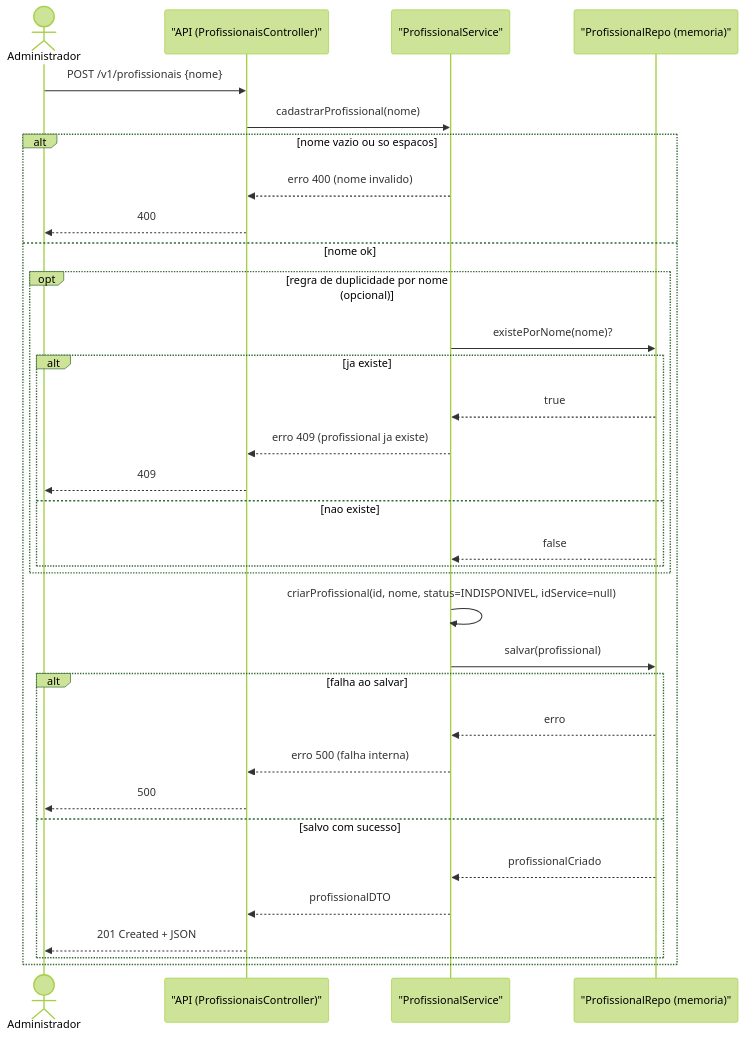
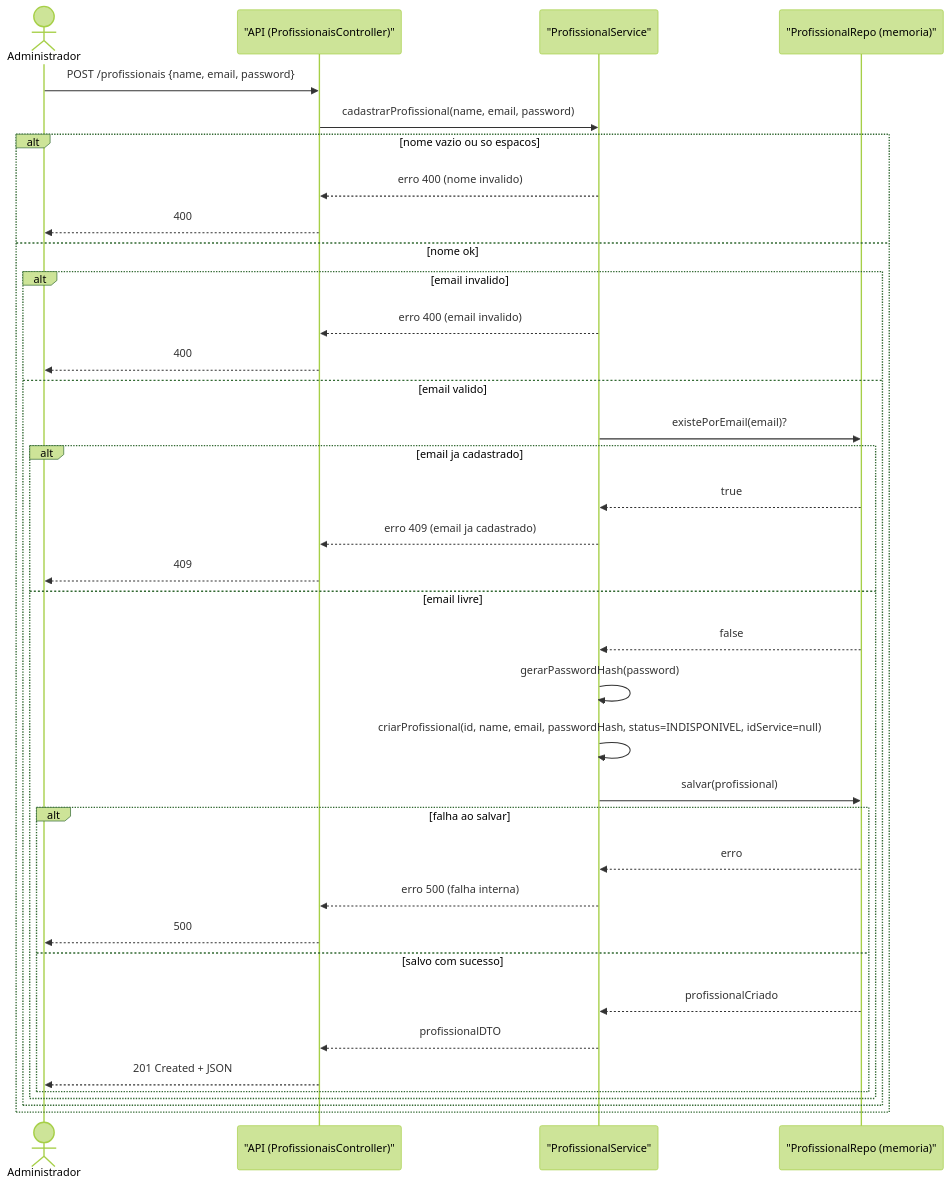
One commit to IsabelaSiqueira1/systemPDI changed the fourth of 11 diagrams in docs/sequence_diagram.md. Above: the diagram before and after it, drawn with Mermaid (forest theme). The commit also changed other lines of this file and 3 other files, not shown here.

Commit message:
atualização dos diagramas de classe e sequência, incluindo novas classes, atributos e ajustes nos requisitos para cadastro e gerenciamento de profissionais

````diff
--- a/docs/sequence_diagram.md
+++ b/docs/sequence_diagram.md
@@ -328,39 +331,46 @@
 ```mermaid
 
 sequenceDiagram
     actor Admin as Administrador
     participant API as "API (ProfissionaisController)"
     participant SVC as "ProfissionalService"
     participant Repo as "ProfissionalRepo (memoria)"
 
-    Admin->>API: POST /v1/profissionais {nome}
-    API->>SVC: cadastrarProfissional(nome)
+    Admin->>API: POST /profissionais {name, email, password}
+    API->>SVC: cadastrarProfissional(name, email, password)
 
     alt nome vazio ou so espacos
         SVC-->>API: erro 400 (nome invalido)
         API-->>Admin: 400
     else nome ok
-        opt regra de duplicidade por nome (opcional)
-            SVC->>Repo: existePorNome(nome)?
-            alt ja existe
+
+        alt email invalido
+            SVC-->>API: erro 400 (email invalido)
+            API-->>Admin: 400
+        else email valido
+
+            SVC->>Repo: existePorEmail(email)?
+            alt email ja cadastrado
                 Repo-->>SVC: true
-                SVC-->>API: erro 409 (profissional ja existe)
+                SVC-->>API: erro 409 (email ja cadastrado)
                 API-->>Admin: 409
-            else nao existe
+            else email livre
                 Repo-->>SVC: false
+
+                SVC->>SVC: gerarPasswordHash(password)
+                SVC->>SVC: criarProfissional(id, name, email, passwordHash, status=INDISPONIVEL, idService=null)
+
+                SVC->>Repo: salvar(profissional)
+                alt falha ao salvar
+                    Repo-->>SVC: erro
+                    SVC-->>API: erro 500 (falha interna)
+                    API-->>Admin: 500
+                else salvo com sucesso
+                    Repo-->>SVC: profissionalCriado
+                    SVC-->>API: profissionalDTO
+                    API-->>Admin: 201 Created + JSON
+                end
             end
-        end
-
-        SVC->>SVC: criarProfissional(id, nome, status=INDISPONIVEL, idService=null)
-        SVC->>Repo: salvar(profissional)
-        alt falha ao salvar
-            Repo-->>SVC: erro
-            SVC-->>API: erro 500 (falha interna)
-            API-->>Admin: 500
-        else salvo com sucesso
-            Repo-->>SVC: profissionalCriado
-            SVC-->>API: profissionalDTO
-            API-->>Admin: 201 Created + JSON
         end
     end
 ```
````
